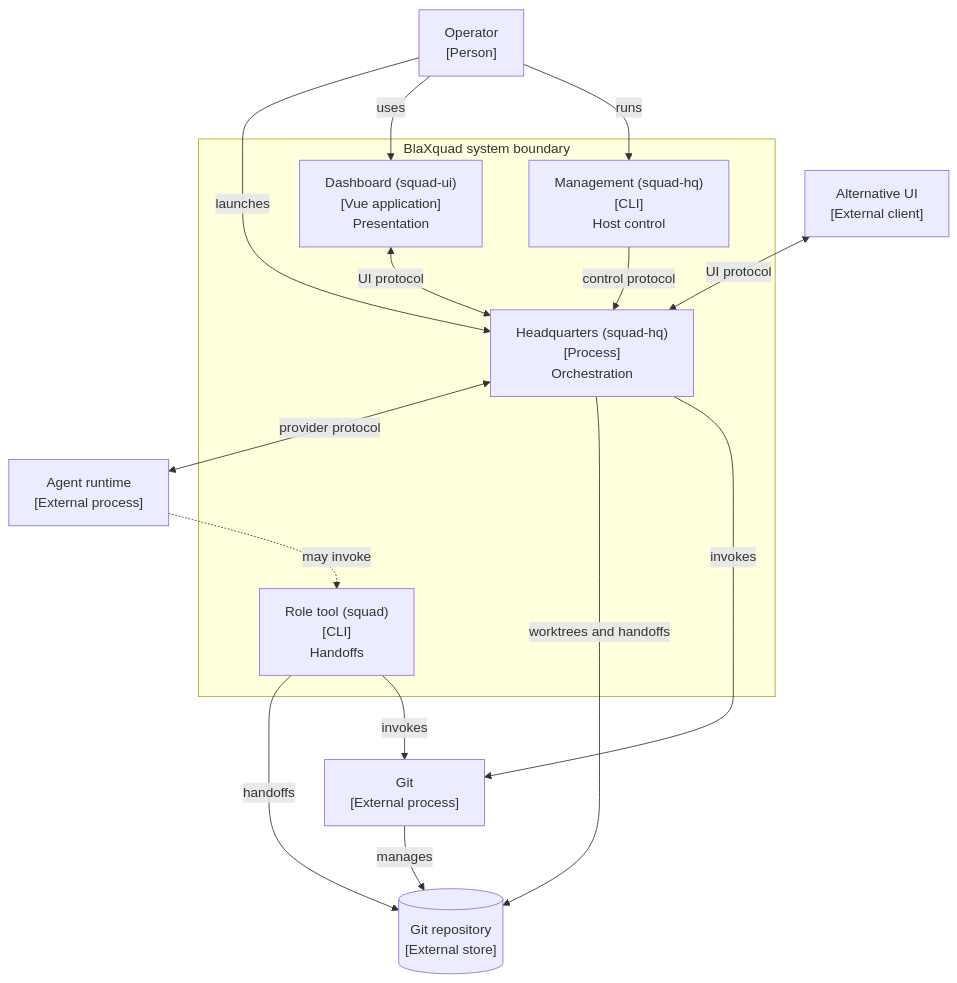
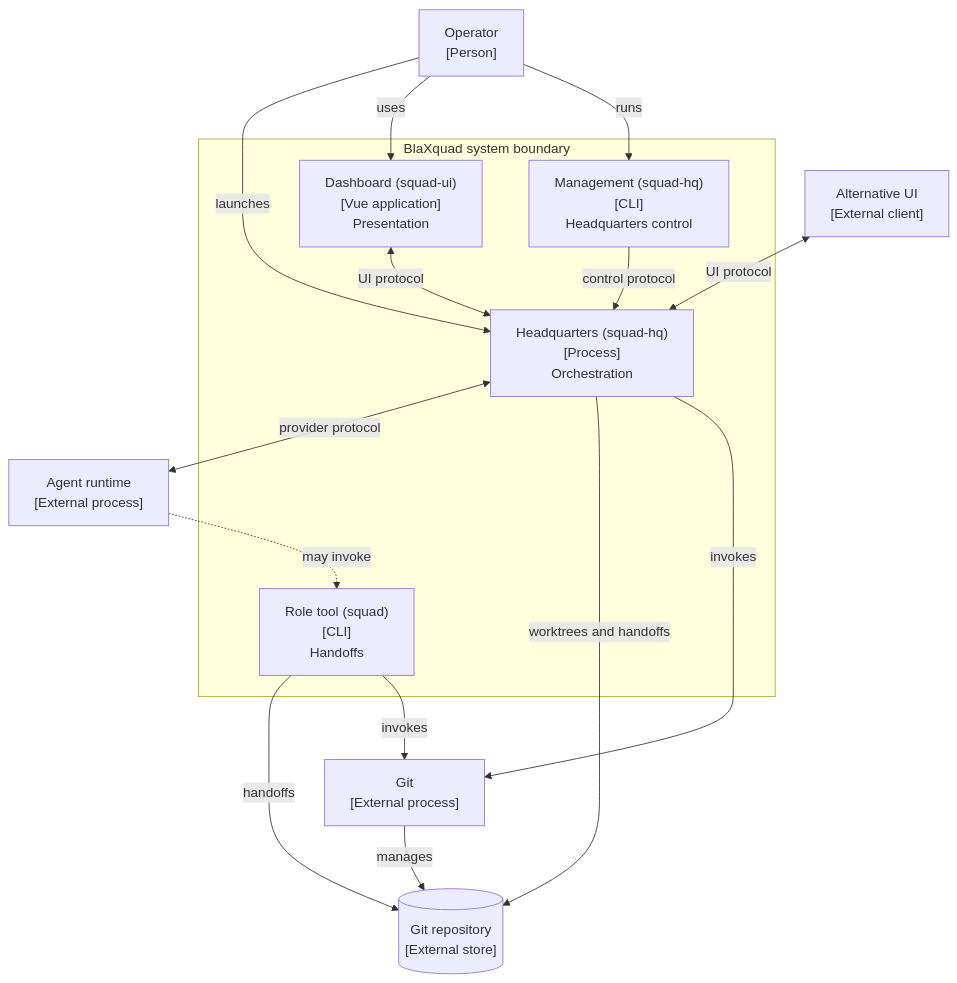
One commit to plainionist/BlaXquad changed the second of 5 diagrams in docs/manual/architecture.md. Above: the diagram before and after it, drawn with Mermaid. The commit also changed other lines of this file and 37 other files, not shown here.

First line of the commit message:
Adopt Headquarters process-control terminology (Slice 4)

````diff
--- a/docs/manual/architecture.md
+++ b/docs/manual/architecture.md
@@ -46,30 +46,30 @@
 ```mermaid
 flowchart TB
     operator["Operator<br/>[Person]"]
   protocolClient["Alternative UI<br/>[External client]"]
 
     subgraph system["BlaXquad system boundary"]
     headquarters["Headquarters (squad-hq)<br/>[Process]<br/>Orchestration"]
     dashboard["Dashboard (squad-ui)<br/>[Vue application]<br/>Presentation"]
-    management["Management (squad-hq)<br/>[CLI]<br/>Host control"]
+    management["Management (squad-hq)<br/>[CLI]<br/>Headquarters control"]
     roleTool["Role tool (squad)<br/>[CLI]<br/>Handoffs"]
     end
 
   provider["Agent runtime<br/>[External process]"]
     git["Git<br/>[External process]"]
   workspace[("Git repository<br/>[External store]")]
 
   operator -->|"launches"| headquarters
   operator -->|"uses"| dashboard
     operator -->|"runs"| management
   dashboard <-->|"UI protocol"| headquarters
   protocolClient <-->|"UI protocol"| headquarters
   management -->|"control protocol"| headquarters
   headquarters <-->|"provider protocol"| provider
   headquarters -->|"worktrees and handoffs"| workspace
   headquarters -->|"invokes"| git
   roleTool -->|"handoffs"| workspace
   roleTool -->|"invokes"| git
     git -->|"manages"| workspace
   provider -.->|"may invoke"| roleTool
 ```
````
